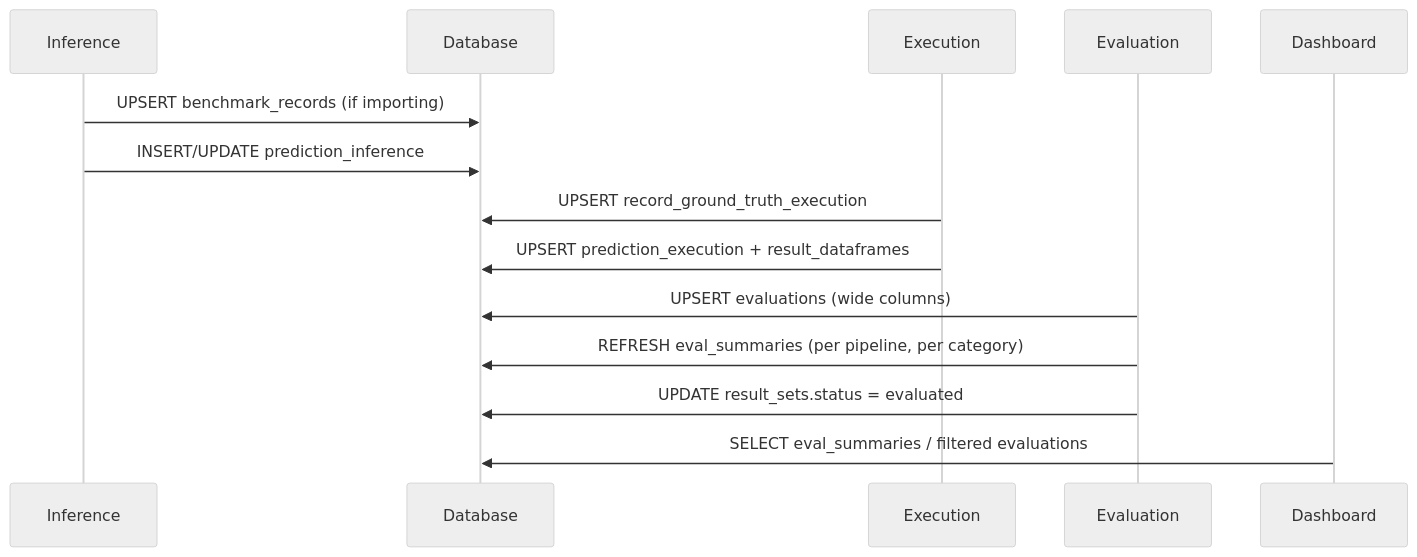
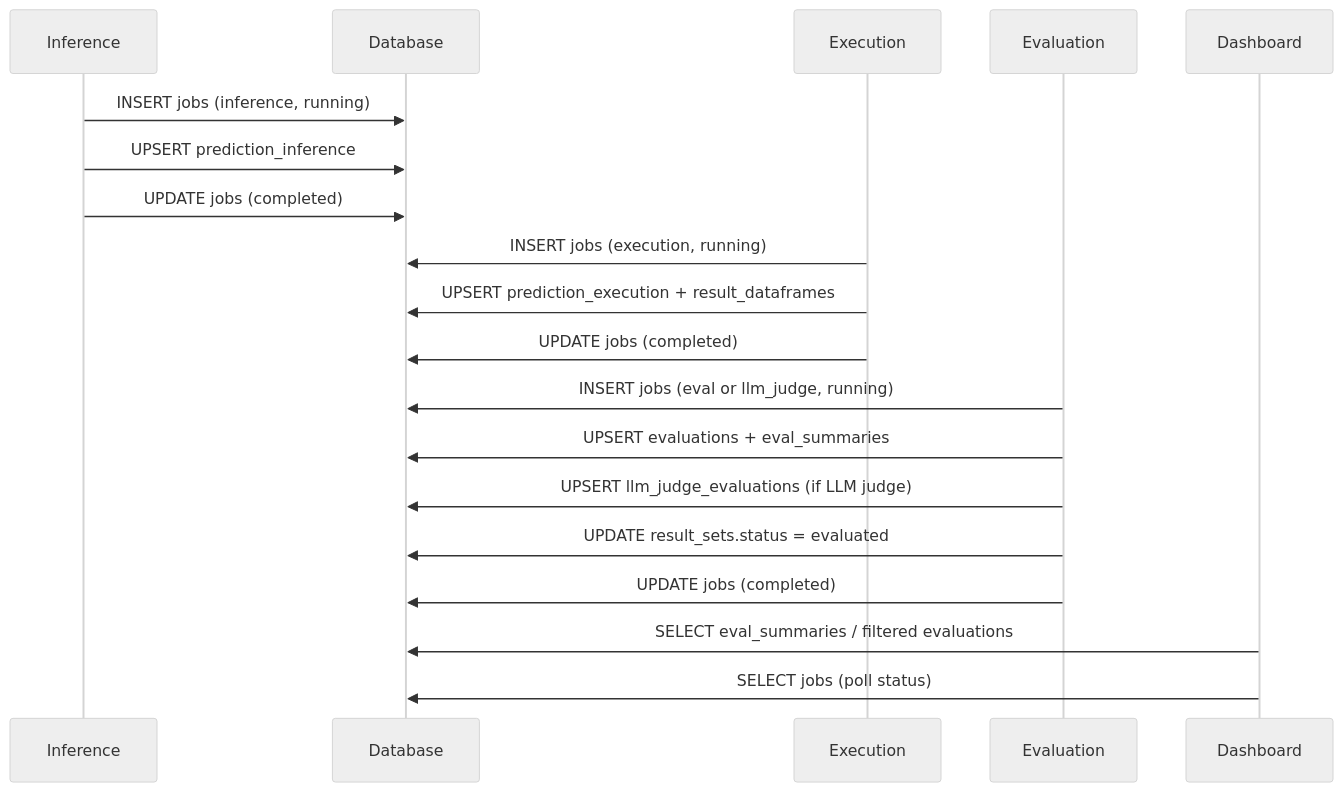
The diagram in data/database-schema/diagrams/pipeline-integration.md (IBM/text2sql-eval-toolkit), drawn with Mermaid (neutral theme) before and after one commit. The commit also changed 9 other files, not shown here.

Commit message:
refactor: enhance database schema and job tracking for evaluation processes, fix llm_score import

````diff
--- a/data/database-schema/diagrams/pipeline-integration.md
+++ b/data/database-schema/diagrams/pipeline-integration.md
@@ -1,17 +1,22 @@
 ```mermaid
 sequenceDiagram
     participant INF as Inference
     participant DB as Database
     participant EXE as Execution
     participant EVA as Evaluation
     participant DASH as Dashboard
 
-    INF->>DB: UPSERT benchmark_records (if importing)
-    INF->>DB: INSERT/UPDATE prediction_inference
-    EXE->>DB: UPSERT record_ground_truth_execution
+    INF->>DB: INSERT jobs (inference, running)
+    INF->>DB: UPSERT prediction_inference
+    INF->>DB: UPDATE jobs (completed)
+    EXE->>DB: INSERT jobs (execution, running)
     EXE->>DB: UPSERT prediction_execution + result_dataframes
-    EVA->>DB: UPSERT evaluations (wide columns)
-    EVA->>DB: REFRESH eval_summaries (per pipeline, per category)
+    EXE->>DB: UPDATE jobs (completed)
+    EVA->>DB: INSERT jobs (eval or llm_judge, running)
+    EVA->>DB: UPSERT evaluations + eval_summaries
+    EVA->>DB: UPSERT llm_judge_evaluations (if LLM judge)
     EVA->>DB: UPDATE result_sets.status = evaluated
+    EVA->>DB: UPDATE jobs (completed)
     DASH->>DB: SELECT eval_summaries / filtered evaluations
+    DASH->>DB: SELECT jobs (poll status)
 ```
````
